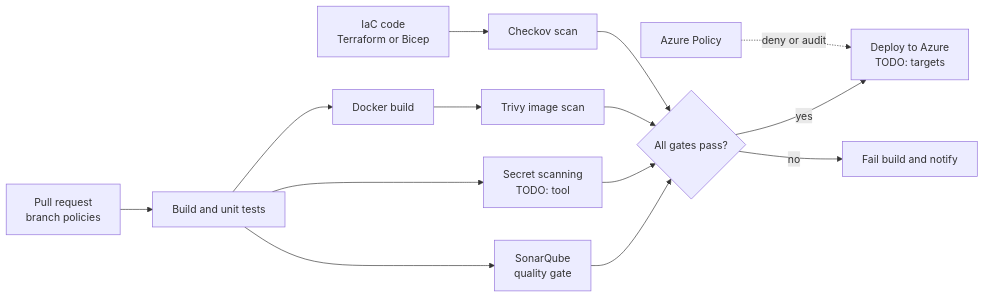
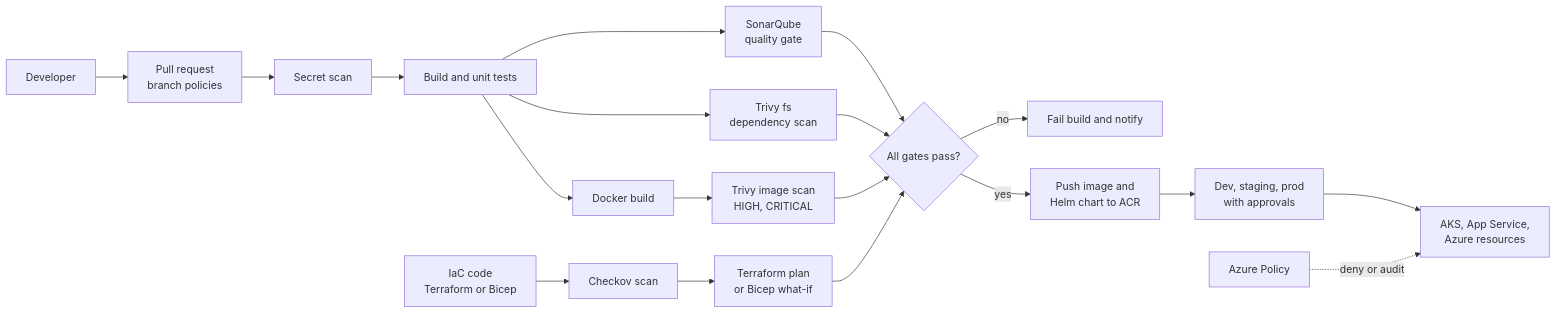
One commit to SivaKumarMahan/interview-questions changed the diagram in my-projects/04-cicd-devsecops-quality-gates.md. Above: the diagram before and after it, drawn with Mermaid. The commit also changed other lines of this file and 13 other files, not shown here.

````diff
--- a/my-projects/04-cicd-devsecops-quality-gates.md
+++ b/my-projects/04-cicd-devsecops-quality-gates.md
@@ -50,16 +50,21 @@
 ```mermaid
 flowchart LR
-    PR["Pull request<br/>branch policies"] --> BUILD["Build and unit tests"]
+    DEV["Developer"] --> PR["Pull request<br/>branch policies"]
+    PR --> SECRETS["Secret scan"]
+    SECRETS --> BUILD["Build and unit tests"]
     BUILD --> SONAR["SonarQube<br/>quality gate"]
-    BUILD --> SECRETS["Secret scanning<br/>TODO: tool"]
+    BUILD --> DEPS["Trivy fs<br/>dependency scan"]
     BUILD --> IMG["Docker build"]
-    IMG --> TRIVY["Trivy image scan"]
+    IMG --> TRIVY["Trivy image scan<br/>HIGH, CRITICAL"]
     IAC["IaC code<br/>Terraform or Bicep"] --> CHECKOV["Checkov scan"]
+    CHECKOV --> PLAN["Terraform plan<br/>or Bicep what-if"]
     SONAR --> GATE{"All gates pass?"}
-    SECRETS --> GATE
+    DEPS --> GATE
     TRIVY --> GATE
-    CHECKOV --> GATE
-    GATE -->|"yes"| DEPLOY["Deploy to Azure<br/>TODO: targets"]
+    PLAN --> GATE
     GATE -->|"no"| FAIL["Fail build and notify"]
-    POLICY["Azure Policy"] -.->|"deny or audit"| DEPLOY
+    GATE -->|"yes"| ACR["Push image and<br/>Helm chart to ACR"]
+    ACR --> STAGES["Dev, staging, prod<br/>with approvals"]
+    STAGES --> AZURE["AKS, App Service,<br/>Azure resources"]
+    POLICY["Azure Policy"] -.->|"deny or audit"| AZURE
 ```
````
